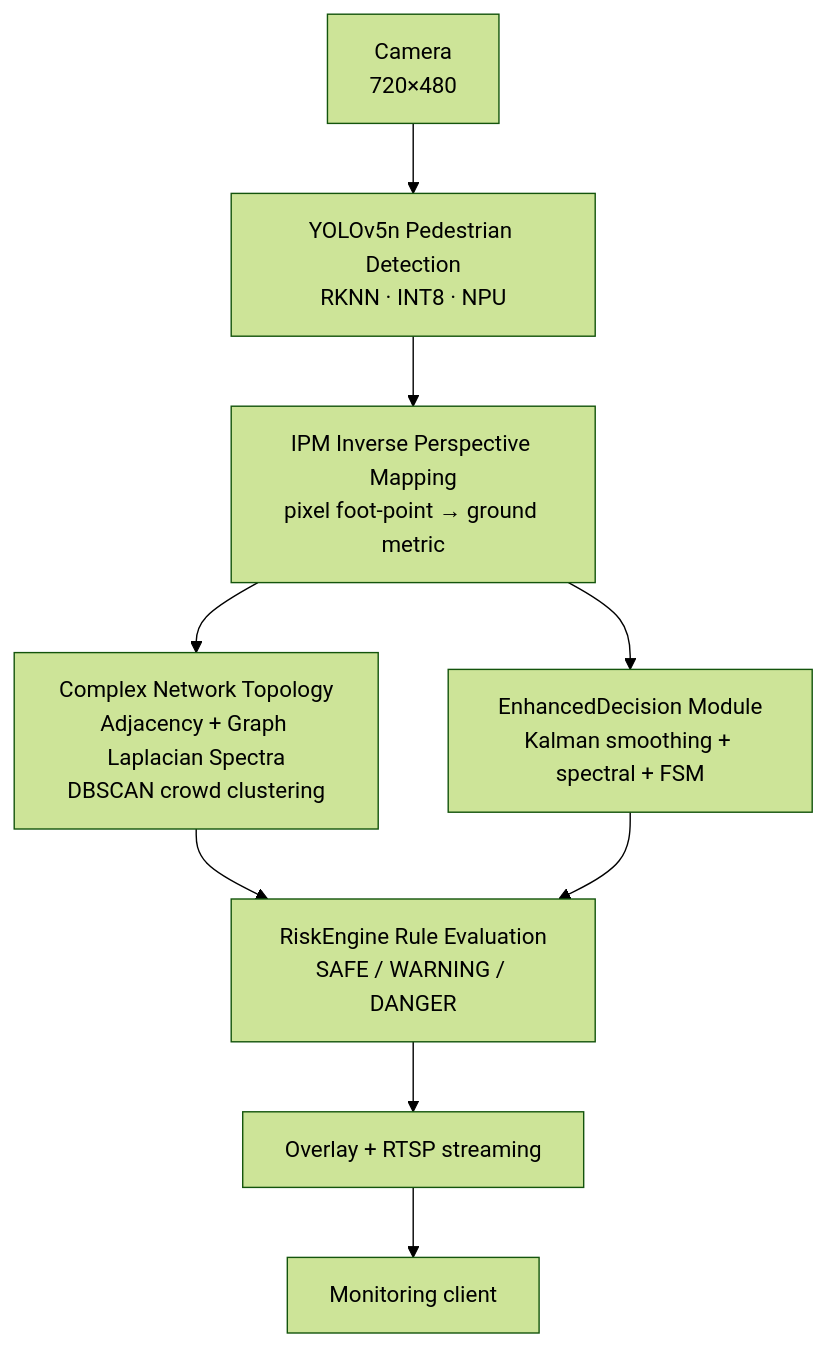
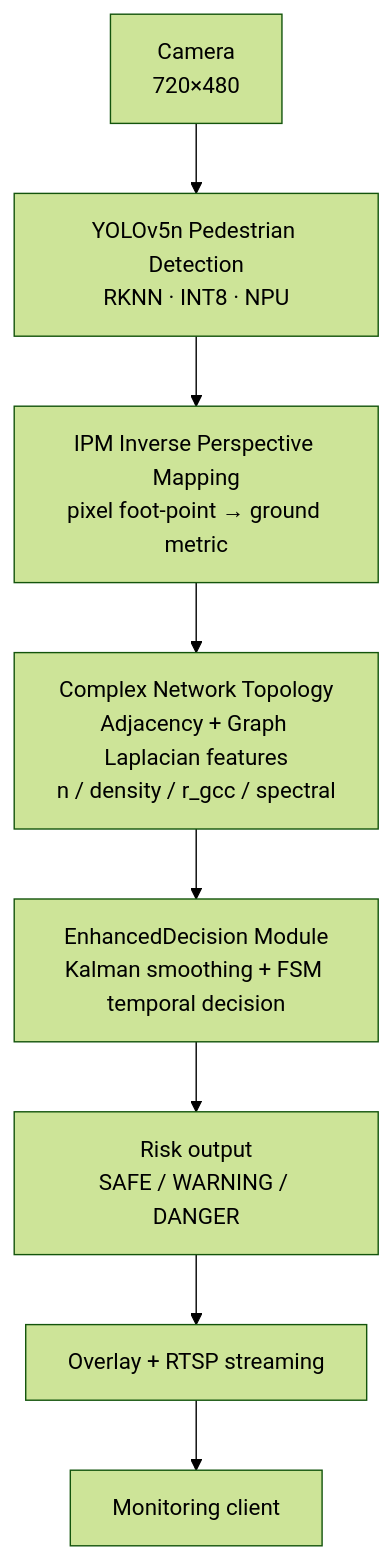
The diagram in README.en.md (Liao0429/pedestrian-risk-decision), drawn with Mermaid (forest theme) before and after one commit. The commit also changed other lines of this file and 2 other files, not shown here.

Commit message:
docs: README 中英文同步最新代码状态——①补充真机性能（NEON 136→33ms、7.46FPS、长稳零重启）；②消融章节明确谱特征未接入（裁决不采纳）；③移除已下架文档引用（AI_needle2_analysis）；④新增工作日志索引；⑤修正特性/架构/部署说明（DBSCAN/ByteTrack/EMA 标注为独立模块）；⑥工作日志补充今日全部改动记录

````diff
--- a/README.en.md
+++ b/README.en.md
@@ -20,11 +21,10 @@
 ```mermaid
 graph TD
  A[Camera<br/>720×480] --> B["YOLOv5n Pedestrian Detection<br/>RKNN · INT8 · NPU"]
  B --> C["IPM Inverse Perspective Mapping<br/>pixel foot-point → ground metric"]
- C --> D["Complex Network Topology<br/>Adjacency + Graph Laplacian Spectra<br/>DBSCAN crowd clustering"]
- C --> E["EnhancedDecision Module<br/>Kalman smoothing + spectral + FSM"]
- D --> F["RiskEngine Rule Evaluation<br/>SAFE / WARNING / DANGER"]
- E --> F
+ C --> D["Complex Network Topology<br/>Adjacency + Graph Laplacian features<br/>n / density / r_gcc / spectral"]
+ D --> E["EnhancedDecision Module<br/>Kalman smoothing + FSM temporal decision"]
+ E --> F["Risk output<br/>SAFE / WARNING / DANGER"]
  F --> G["Overlay + RTSP streaming"]
  G --> H[Monitoring client]
 ```
````
